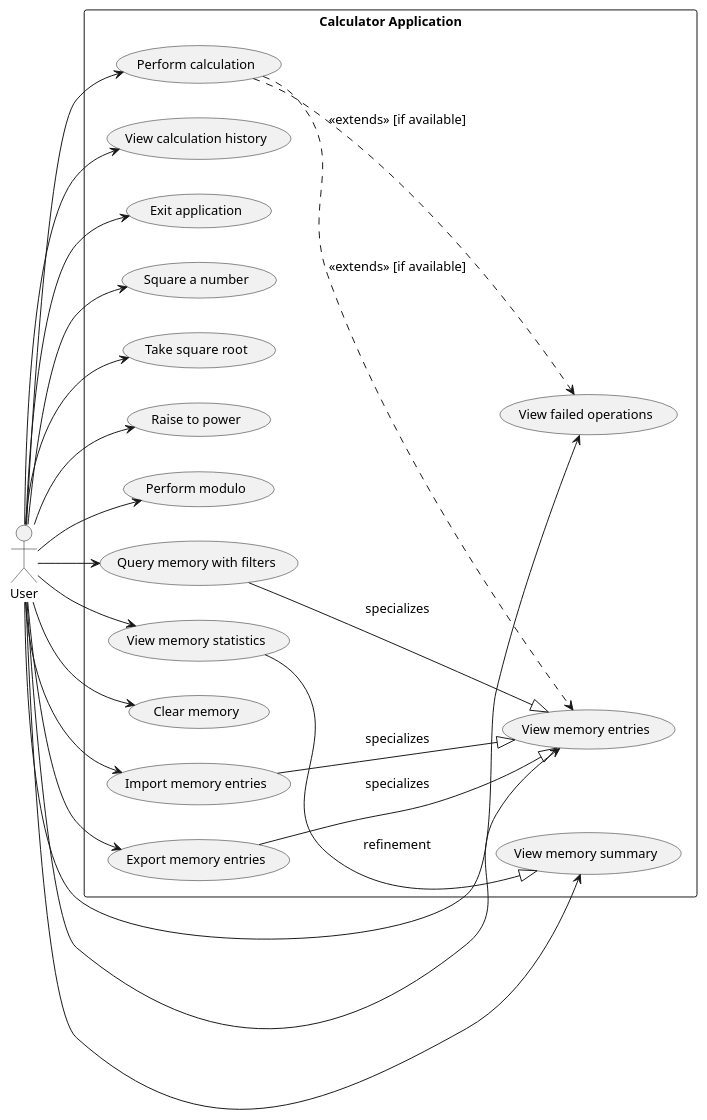
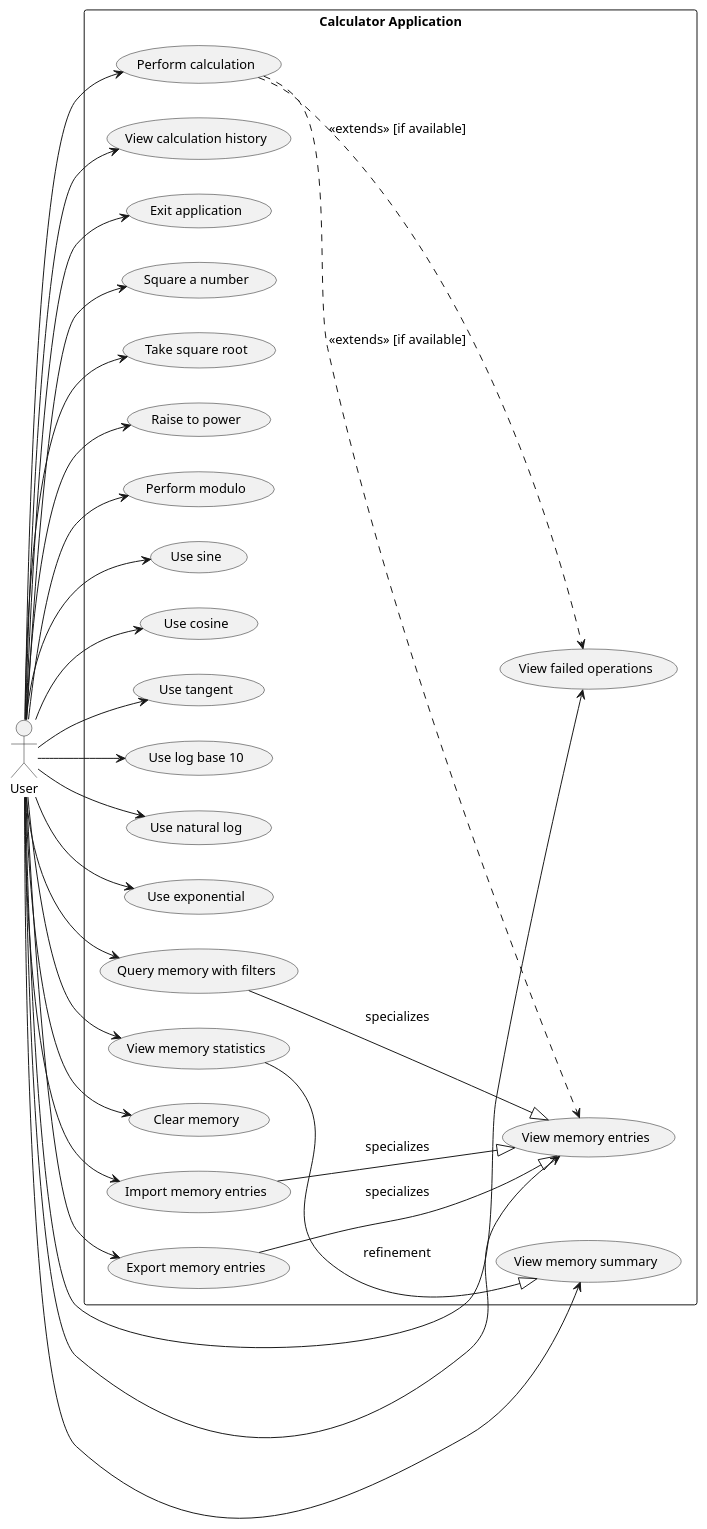
Before and after one commit to DanielRiha8906/Software_autoevolution_using_agents: the diagram in experiments/supervisor_as_tools/structured_text/calculator/artifacts/use_case_diagram.puml, drawn with PlantUML. The commit also changed 10 other files, not shown here.

First line of the commit message:
task 08 | add scientific mode (sin, cos, tan, log10, ln, exp)

```diff
--- a/experiments/supervisor_as_tools/structured_text/calculator/artifacts/use_case_diagram.puml
+++ b/experiments/supervisor_as_tools/structured_text/calculator/artifacts/use_case_diagram.puml
@@ -1,51 +1,63 @@
 @startuml use_case_diagram
 
 skinparam defaultFontSize 13
 
 left to right direction
 
 actor User
 
 rectangle "Calculator Application" {
     usecase "Perform calculation" as UC_Calc
     usecase "View calculation history" as UC_History
     usecase "Exit application" as UC_Exit
     usecase "Square a number" as UC_Square
     usecase "Take square root" as UC_Sqrt
     usecase "Raise to power" as UC_Power
     usecase "Perform modulo" as UC_Modulo
+    usecase "Use sine" as UC_Sin
+    usecase "Use cosine" as UC_Cos
+    usecase "Use tangent" as UC_Tan
+    usecase "Use log base 10" as UC_Log10
+    usecase "Use natural log" as UC_Ln
+    usecase "Use exponential" as UC_Exp
     usecase "View memory entries" as UC_Memory
     usecase "Query memory with filters" as UC_FilteredMemory
     usecase "View memory summary" as UC_Summary
     usecase "View memory statistics" as UC_Statistics
     usecase "View failed operations" as UC_Failures
     usecase "Clear memory" as UC_ClearMem
     usecase "Export memory entries" as UC_Export
     usecase "Import memory entries" as UC_Import
 
 }
 
 User --> UC_Calc
 User --> UC_History
 User --> UC_Exit
 User --> UC_Square
 User --> UC_Sqrt
 User --> UC_Power
 User --> UC_Modulo
+User --> UC_Sin
+User --> UC_Cos
+User --> UC_Tan
+User --> UC_Log10
+User --> UC_Ln
+User --> UC_Exp
 User --> UC_Memory
 User --> UC_FilteredMemory
 User --> UC_Summary
 User --> UC_Statistics
 User --> UC_Failures
 User --> UC_ClearMem
 User --> UC_Export
 User --> UC_Import
 
 UC_Calc ..> UC_Memory : <<extends>> [if available]
 UC_Calc ..> UC_Failures : <<extends>> [if available]
 UC_FilteredMemory --|> UC_Memory : specializes
 UC_Statistics --|> UC_Summary : refinement
 UC_Export --|> UC_Memory : specializes
 UC_Import --|> UC_Memory : specializes
 
 @enduml
```
